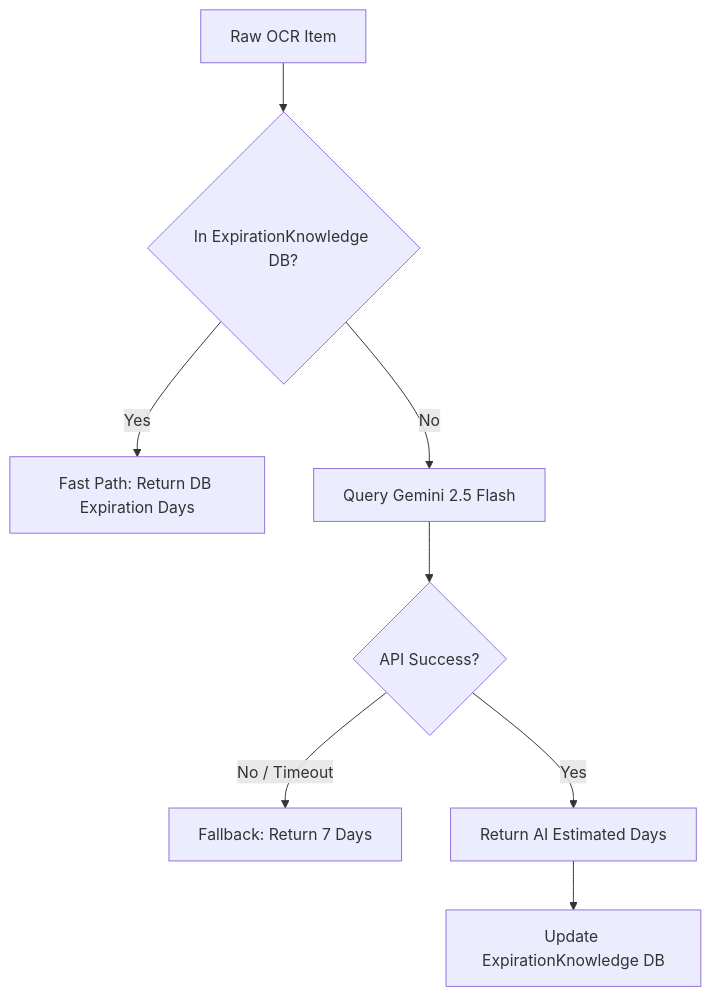
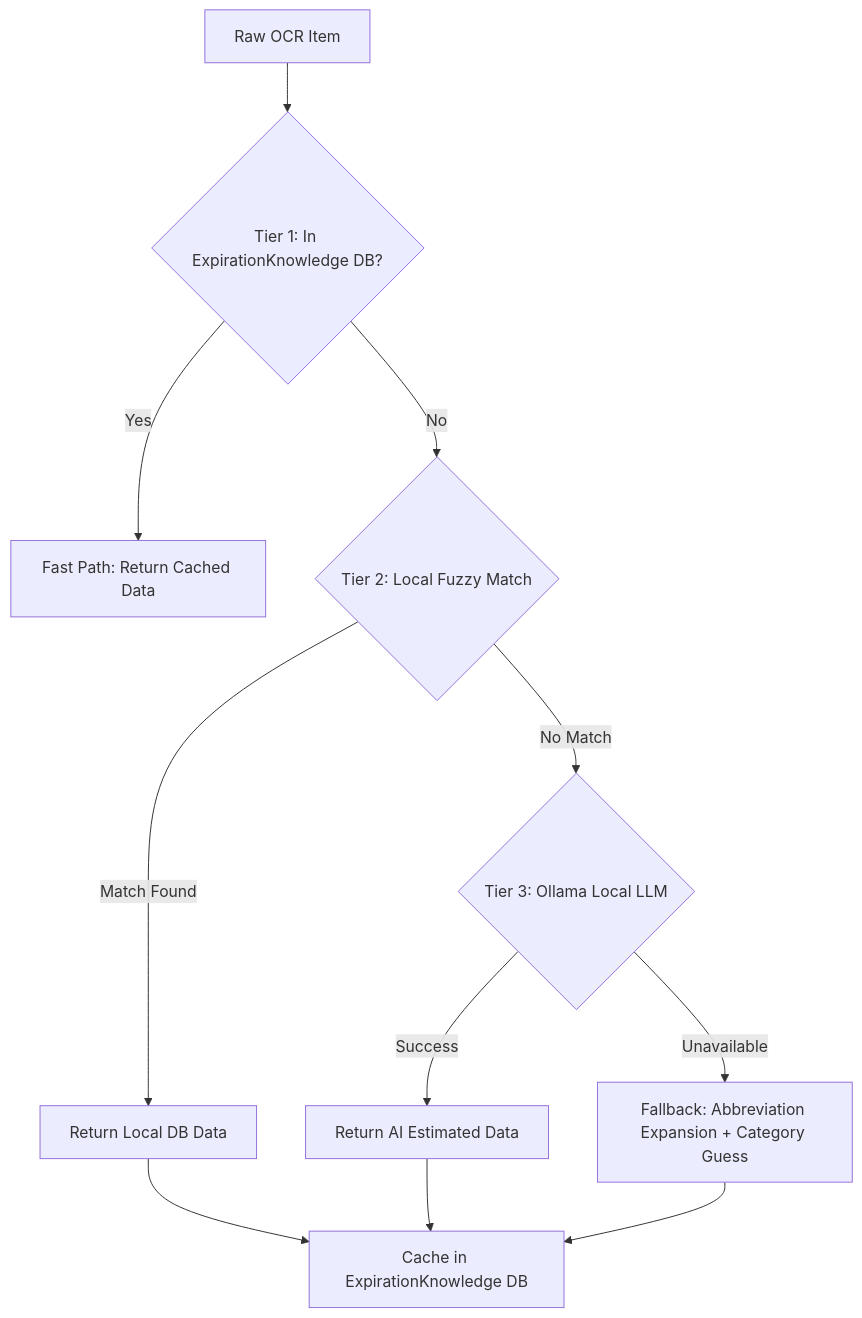
Before and after one commit to sinaghadimi9081/LaHacks2026: the diagram in docs/expiration_methodology.md, drawn with Mermaid. The commit also changed other lines of this file and 12 other files, not shown here.

Commit message:
updated notification system to send emails to people, changed gemini backed model to use a fuzzy+engine/ollama gemma based model based on what items are in the database

````diff
--- a/docs/expiration_methodology.md
+++ b/docs/expiration_methodology.md
@@ -17,12 +17,16 @@
 ```mermaid
 flowchart TD
-    A[Raw OCR Item] --> B{In ExpirationKnowledge DB?}
-    B -->|Yes| C[Fast Path: Return DB Expiration Days]
-    B -->|No| D[Query Gemini 2.5 Flash]
-    
-    D --> E{API Success?}
-    E -->|No / Timeout| F[Fallback: Return 7 Days]
-    E -->|Yes| G[Return AI Estimated Days]
-    
-    G --> H[Update ExpirationKnowledge DB]
+    A[Raw OCR Item] --> B{Tier 1: In ExpirationKnowledge DB?}
+    B -->|Yes| C[Fast Path: Return Cached Data]
+    B -->|No| D{Tier 2: Local Fuzzy Match}
+
+    D -->|Match Found| E[Return Local DB Data]
+    D -->|No Match| F{Tier 3: Ollama Local LLM}
+
+    F -->|Success| G[Return AI Estimated Data]
+    F -->|Unavailable| H[Fallback: Abbreviation Expansion + Category Guess]
+
+    E --> I[Cache in ExpirationKnowledge DB]
+    G --> I
+    H --> I
 ```
````
